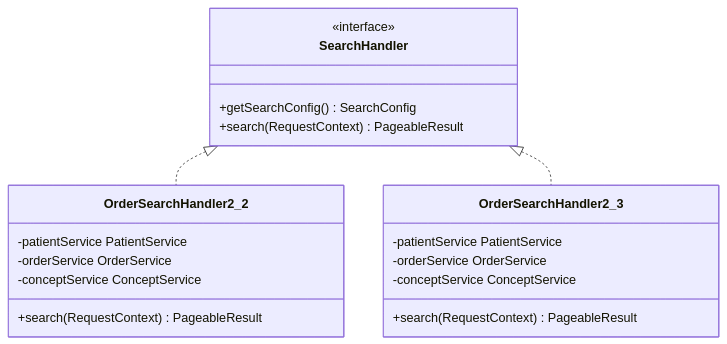
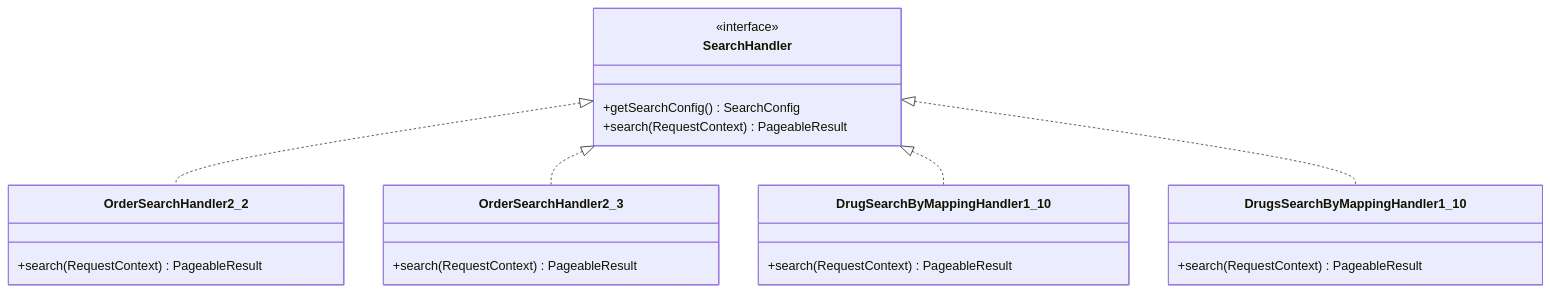
One commit to OpenMRSenger/openmrs-module-webservices.rest changed the first of 2 diagrams in docs/design/redesign_order_search_handlers.md. Above: the diagram before and after it, drawn with Mermaid. The commit also changed other lines of this file and 7 other files, not shown here.

Commit message:
refactor: unify duplicate Order and Drug SearchHandlers into BaseSearchHandler and fix parseBoolean

````diff
--- a/docs/design/redesign_order_search_handlers.md
+++ b/docs/design/redesign_order_search_handlers.md
@@ -22,22 +21,24 @@
 ```mermaid
 classDiagram
     class SearchHandler {
         <<interface>>
         +getSearchConfig() SearchConfig
         +search(RequestContext) PageableResult
     }
     class OrderSearchHandler2_2 {
-        -patientService PatientService
-        -orderService OrderService
-        -conceptService ConceptService
         +search(RequestContext) PageableResult
     }
     class OrderSearchHandler2_3 {
-        -patientService PatientService
-        -orderService OrderService
-        -conceptService ConceptService
+        +search(RequestContext) PageableResult
+    }
+    class DrugSearchByMappingHandler1_10 {
+        +search(RequestContext) PageableResult
+    }
+    class DrugsSearchByMappingHandler1_10 {
         +search(RequestContext) PageableResult
     }
     SearchHandler <|.. OrderSearchHandler2_2
     SearchHandler <|.. OrderSearchHandler2_3
+    SearchHandler <|.. DrugSearchByMappingHandler1_10
+    SearchHandler <|.. DrugsSearchByMappingHandler1_10
 ```
````
